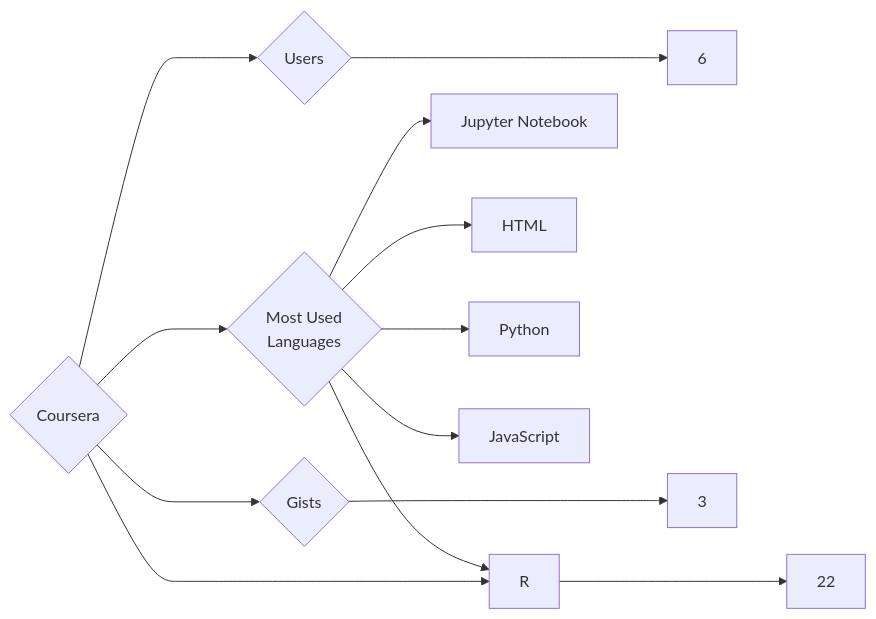
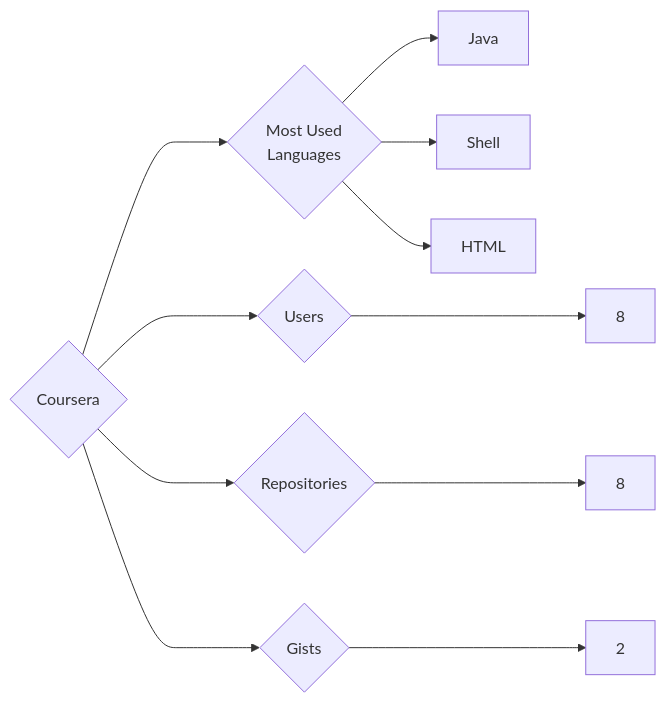
One commit to trickest/insiders changed the diagram in targets/Coursera/README.md. Above: the diagram before and after it, drawn with Mermaid. The commit also changed 1166 other files, not shown here.

````diff
--- a/targets/Coursera/README.md
+++ b/targets/Coursera/README.md
@@ -3,13 +3,11 @@
 ```mermaid
 graph LR
 COMPANY_NAME{Coursera}
-COMPANY_NAME ---> U{Users} ---> UN[6]
-COMPANY_NAME ---> R{Repositories} ---> RN[22]
-COMPANY_NAME ---> G{Gists} ---> GN[3]
+COMPANY_NAME ---> U{Users} ---> UN[8]
+COMPANY_NAME ---> R{Repositories} ---> RN[8]
+COMPANY_NAME ---> G{Gists} ---> GN[2]
 COMPANY_NAME ---> ML{Most Used<br>Languages}
-ML --> Jupyter_Notebook[Jupyter Notebook]
+ML --> Java[Java]
+ML --> Shell[Shell]
 ML --> HTML[HTML]
-ML --> R[R]
-ML --> Python[Python]
-ML --> JavaScript[JavaScript]
 ```
````
